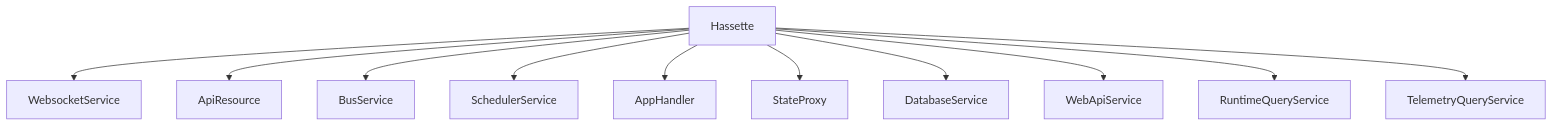
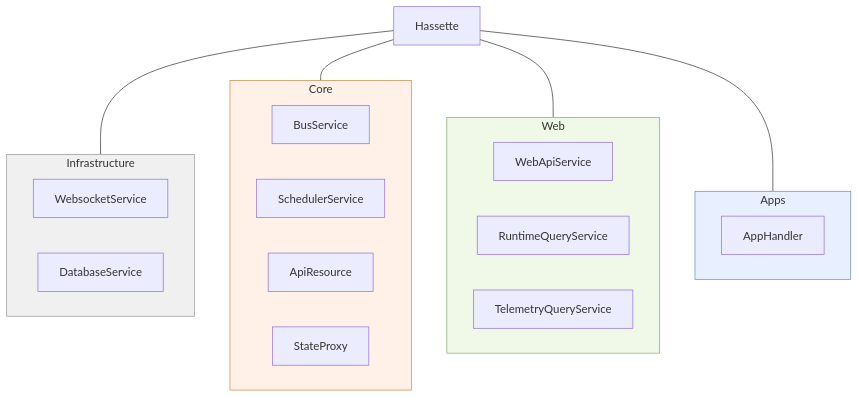
Before and after one commit to NodeJSmith/hassette: the second of 4 diagrams in docs/pages/core-concepts/index.md, drawn with Mermaid. The commit also changed other lines of this file and 11 other files, not shown here.

First line of the commit message:
docs: add system internals page with architecture deep-dive diagrams (#605)

````diff
--- a/docs/pages/core-concepts/index.md
+++ b/docs/pages/core-concepts/index.md
@@ -54,14 +69,36 @@
 ```mermaid
-graph TB
+flowchart TD
     H[Hassette]
-    H --> WS[WebsocketService]
-    H --> API[ApiResource]
-    H --> BUS[BusService]
-    H --> SCHED[SchedulerService]
-    H --> APPS[AppHandler]
-    H --> STATE[StateProxy]
-    H --> DB[DatabaseService]
-    H --> WEB[WebApiService]
-    H --> RTQ[RuntimeQueryService]
-    H --> TQ[TelemetryQueryService]
+
+    subgraph infra["Infrastructure"]
+        direction LR
+        WS[WebsocketService]
+        DB[DatabaseService]
+    end
+
+    subgraph core["Core"]
+        direction LR
+        BUS[BusService]
+        SCHED[SchedulerService]
+        API[ApiResource]
+        STATE[StateProxy]
+    end
+
+    subgraph web["Web"]
+        direction LR
+        WEB[WebApiService]
+        RTQ[RuntimeQueryService]
+        TQ[TelemetryQueryService]
+    end
+
+    subgraph apps["Apps"]
+        APPH[AppHandler]
+    end
+
+    H --- infra & core & web & apps
+
+    style infra fill:#f0f0f0,stroke:#999
+    style core fill:#fff0e8,stroke:#cc8844
+    style web fill:#f0f8e8,stroke:#88aa66
+    style apps fill:#e8f0ff,stroke:#6688cc
 ```
````
